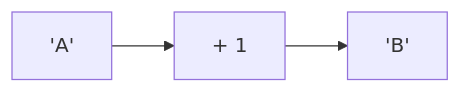
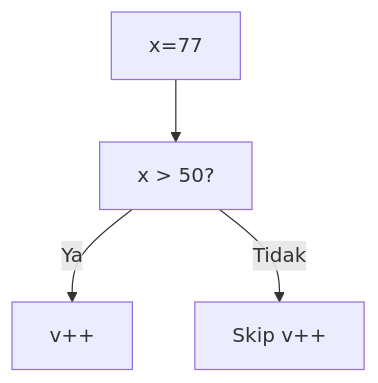
Before and after one commit to amnahwaida/OSNK_INF_PREP: the eighth of 25 diagrams in part-c-pemahaman-cpp/02-percabangan/latihan/set-01.md, drawn with Mermaid. The commit also changed other lines of this file and 71 other files, not shown here.

````diff
--- a/part-c-pemahaman-cpp/02-percabangan/latihan/set-01.md
+++ b/part-c-pemahaman-cpp/02-percabangan/latihan/set-01.md
@@ -205,5 +218,6 @@
 ```mermaid
-graph LR
-A["'A'"] --> B["+ 1"]
-B --> C["'B'"]
+graph TD
+A["x=77"] --> B["x > 50?"]
+B -- Ya --> C["v++"]
+B -- Tidak --> D["Skip v++"]
 ```
````
